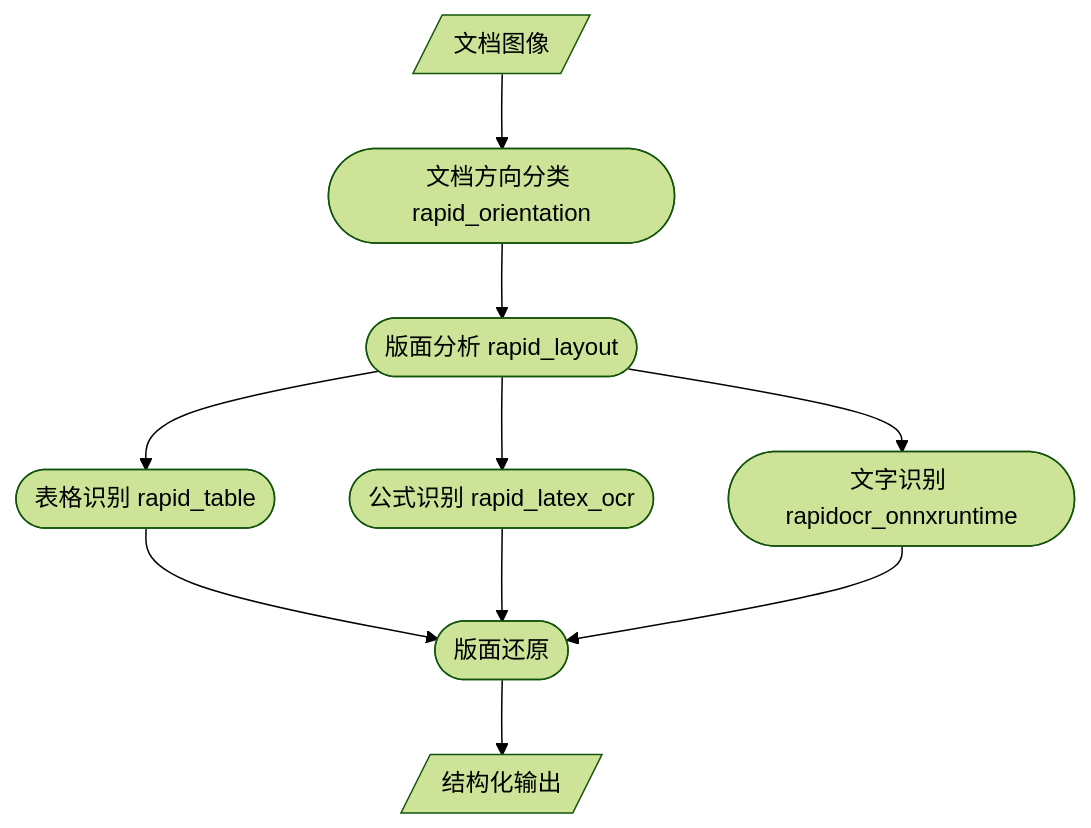
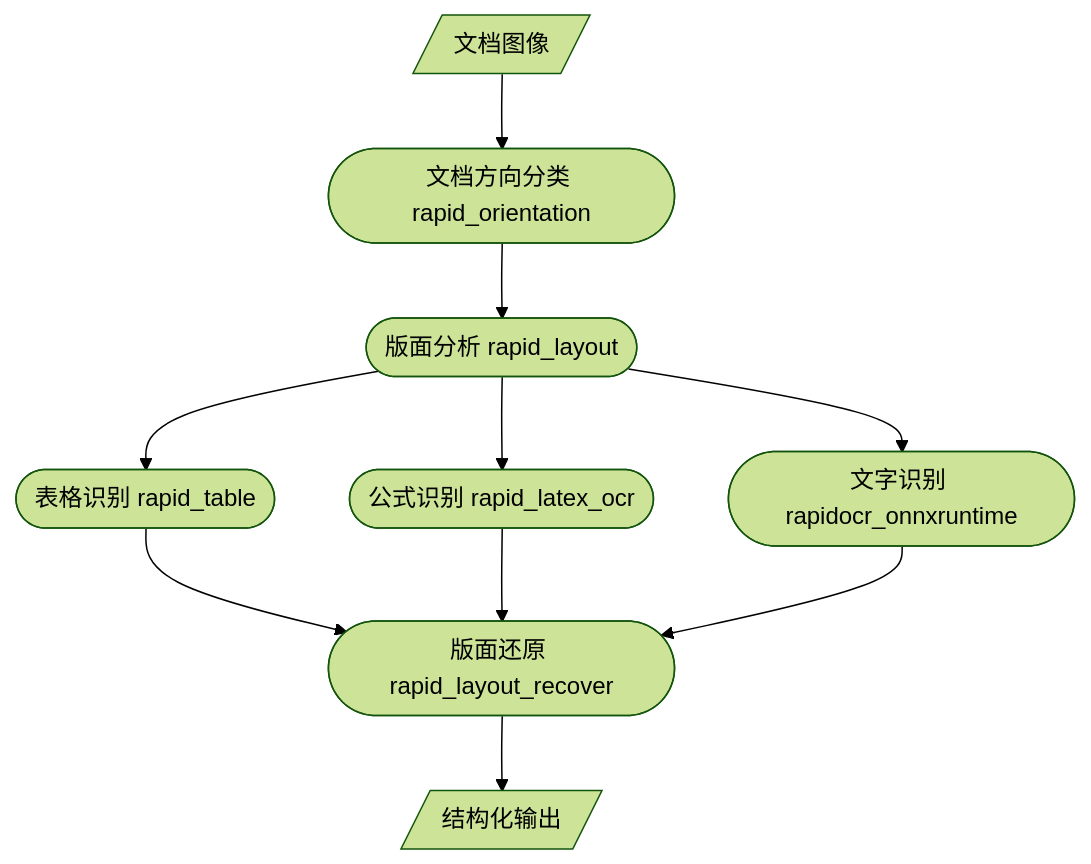
Before and after one commit to RapidAI/RapidStructure: the diagram in README.md, drawn with Mermaid (forest theme). The commit also changed other lines of this file, not shown here.

````diff
--- a/README.md
+++ b/README.md
@@ -30,6 +32,6 @@
 ```mermaid
 flowchart TD
     A[/文档图像/] --> B([文档方向分类 rapid_orientation]) --> C([版面分析 rapid_layout])
-    C --> D([表格识别 rapid_table]) & E([公式识别 rapid_latex_ocr]) & F([文字识别 rapidocr_onnxruntime]) --> G([版面还原])
+    C --> D([表格识别 rapid_table]) & E([公式识别 rapid_latex_ocr]) & F([文字识别 rapidocr_onnxruntime]) --> G([版面还原 rapid_layout_recover])
     G --> H[/结构化输出/]
 ```
````
